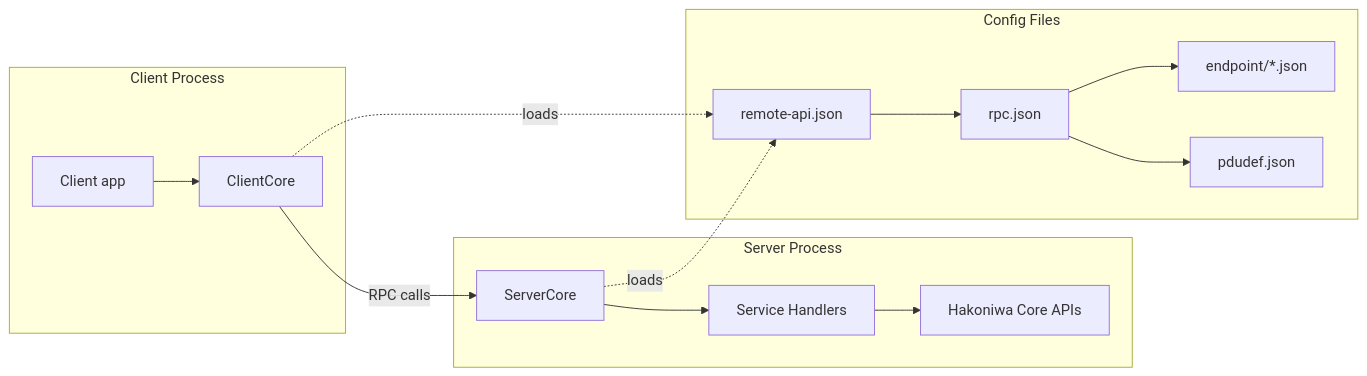
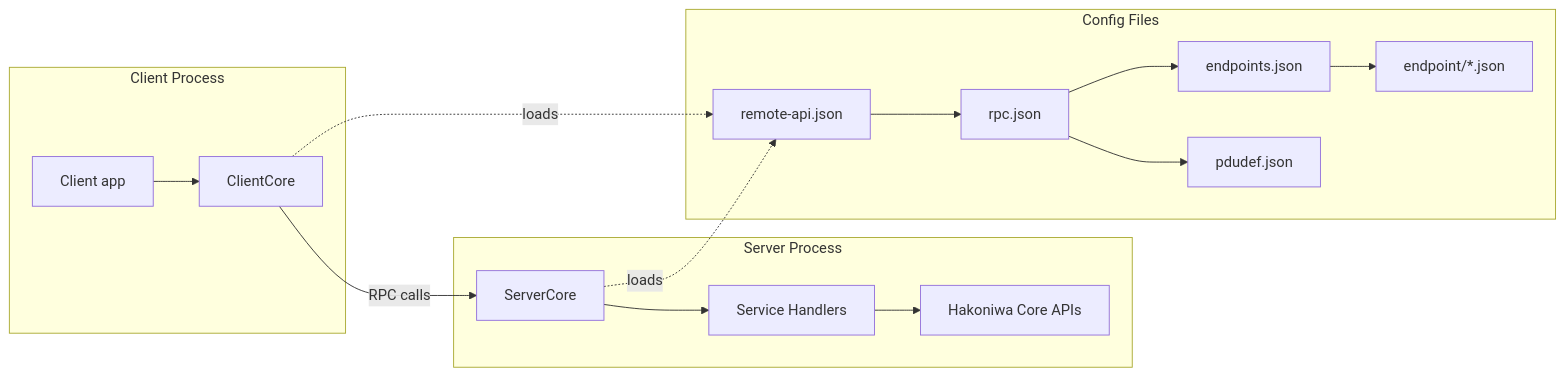
One commit to hakoniwalab/hakoniwa-remote-api changed the diagram in README.md. Above: the diagram before and after it, drawn with Mermaid. The commit also changed other lines of this file and 2 other files, not shown here.

````diff
--- a/README.md
+++ b/README.md
@@ -8,29 +8,30 @@
 ```mermaid
 flowchart LR
   subgraph Client Process
     CC[ClientCore]
     CLI[Client app]
   end
 
   subgraph Server Process
     SC[ServerCore]
     H[Service Handlers]
     Hako[Hakoniwa Core APIs]
   end
 
   subgraph Config Files
-    RA[remote-api.json]
-    RPC[rpc.json]
-    EP[endpoint/*.json]
+  RA[remote-api.json]
+  RPC[rpc.json]
+  EPS[endpoints.json]
+  EP[endpoint/*.json]
     PDU[pdudef.json]
   end
 
   CLI --> CC
   CC -->|RPC calls| SC
   SC --> H --> Hako
 
-  RA --> RPC --> EP
+  RA --> RPC --> EPS --> EP
   RPC --> PDU
   CC -.loads.-> RA
   SC -.loads.-> RA
 ```
````
